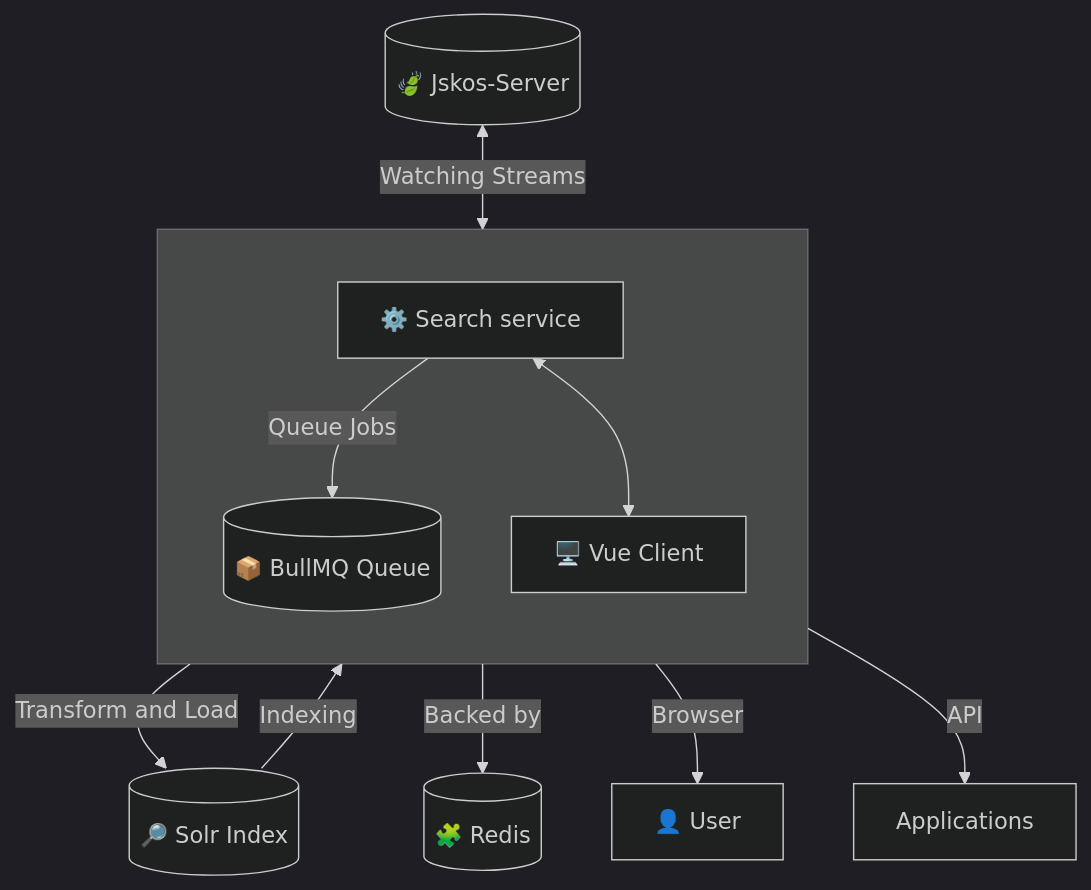
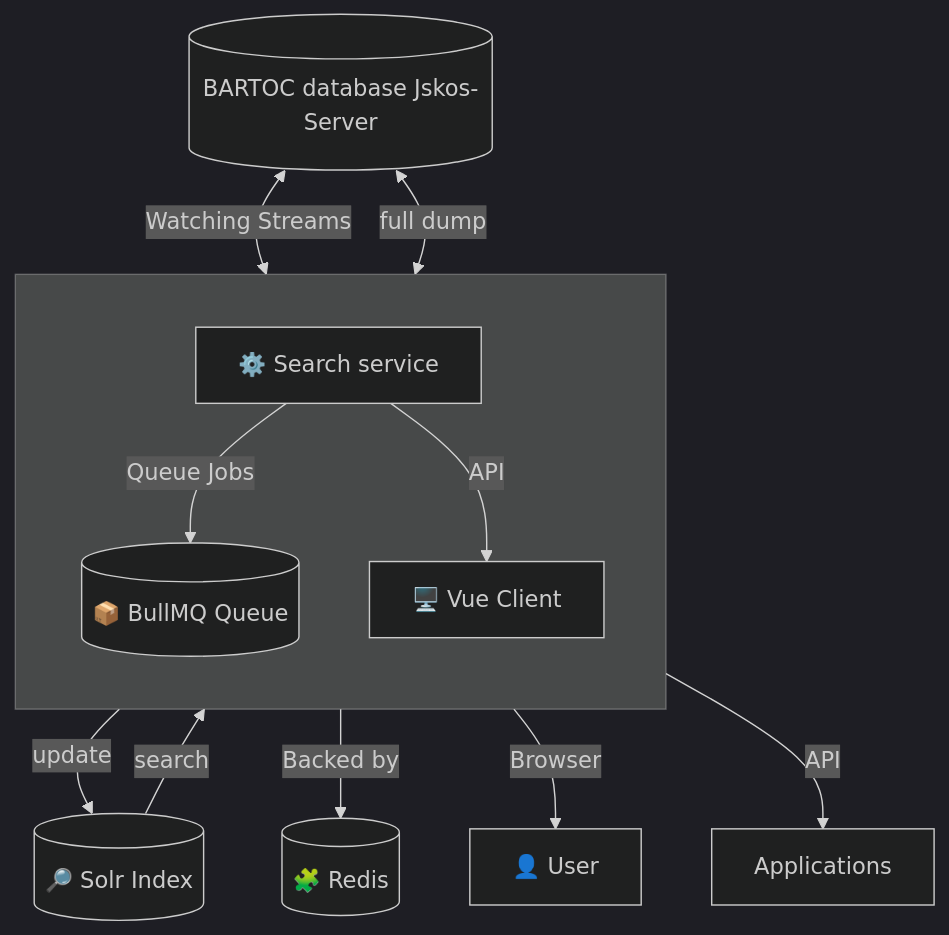
The diagram in README.md (gbv/bartoc-search), drawn with Mermaid (dark theme) before and after one commit. The commit also changed other lines of this file, not shown here.

```diff
--- a/README.md
+++ b/README.md
@@ -12,30 +12,31 @@
 ~~~mermaid
 graph TD
   Solr[(🔎 Solr Index)]
-  DB[(🍃 Jskos-Server)]
+  DB[(BARTOC database Jskos-Server)]
   Redis[(🧩 Redis)]
   BullMQ[(📦 BullMQ Queue)]
   subgraph search service [ ]
     direction TB
     Server[⚙️ Search service]
     BullMQ[(📦 BullMQ Queue)]
     Client[🖥️ Vue Client]
   end
   Client[🖥️ Vue Client]
 
   User[👤 User]
 
   Applications
 
   %% FLOWS %%
   DB <-- "Watching Streams" --> Server
-  Server -->|Transform and Load| Solr
-  Solr -->|Indexing| Server
+  DB <-- "full dump" --> Server
+  Server -->|update| Solr
+  Solr -->|search| Server
 
   Server -- "Queue Jobs" --> BullMQ
   BullMQ -- "Backed by" --> Redis
 
-  Server <--> Client
   Client -- "Browser" --> User
   Server -- "API" --> Applications
+  Server -- "API" --> Client
 ~~~
```
